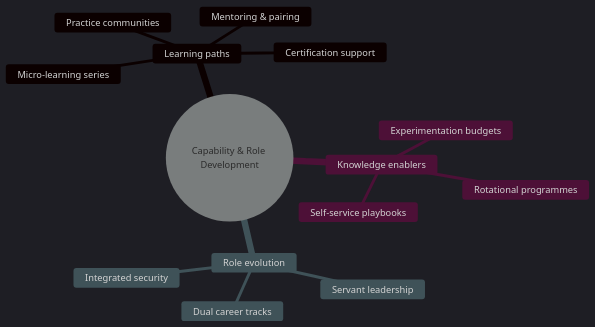
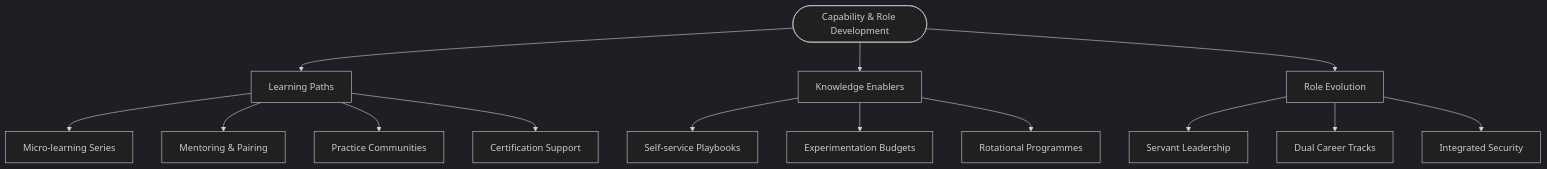
Before and after one commit to Geonitab/architecture_as_code: the diagram in docs/images/mindmap_17b_capability_roles.mmd, drawn with Mermaid (dark theme). The commit also changed 31 other files, not shown here.

First line of the commit message:
Improve diagram readability: convert mindmaps to graph TD, redesign key diagrams

```diff
--- a/docs/images/mindmap_17b_capability_roles.mmd
+++ b/docs/images/mindmap_17b_capability_roles.mmd
@@ -1,15 +1,15 @@
-mindmap
-  root((Capability & Role Development))
-    Learning paths
-      Micro-learning series
-      Mentoring & pairing
-      Practice communities
-      Certification support
-    Knowledge enablers
-      Self-service playbooks
-      Experimentation budgets
-      Rotational programmes
-    Role evolution
-      Servant leadership
-      Dual career tracks
-      Integrated security
+graph TD
+    ROOT(["Capability & Role Development"])
+    ROOT --> LP["Learning Paths"]
+    ROOT --> KE["Knowledge Enablers"]
+    ROOT --> RE["Role Evolution"]
+    LP --> LP1["Micro-learning Series"]
+    LP --> LP2["Mentoring & Pairing"]
+    LP --> LP3["Practice Communities"]
+    LP --> LP4["Certification Support"]
+    KE --> KE1["Self-service Playbooks"]
+    KE --> KE2["Experimentation Budgets"]
+    KE --> KE3["Rotational Programmes"]
+    RE --> RE1["Servant Leadership"]
+    RE --> RE2["Dual Career Tracks"]
+    RE --> RE3["Integrated Security"]
```
